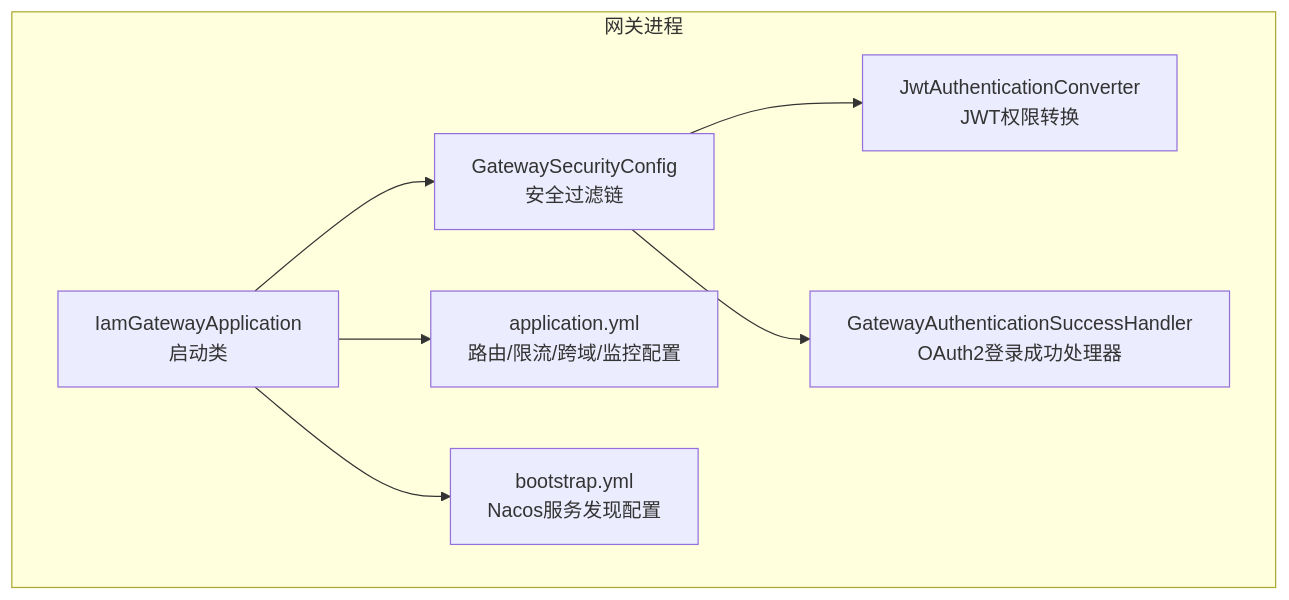
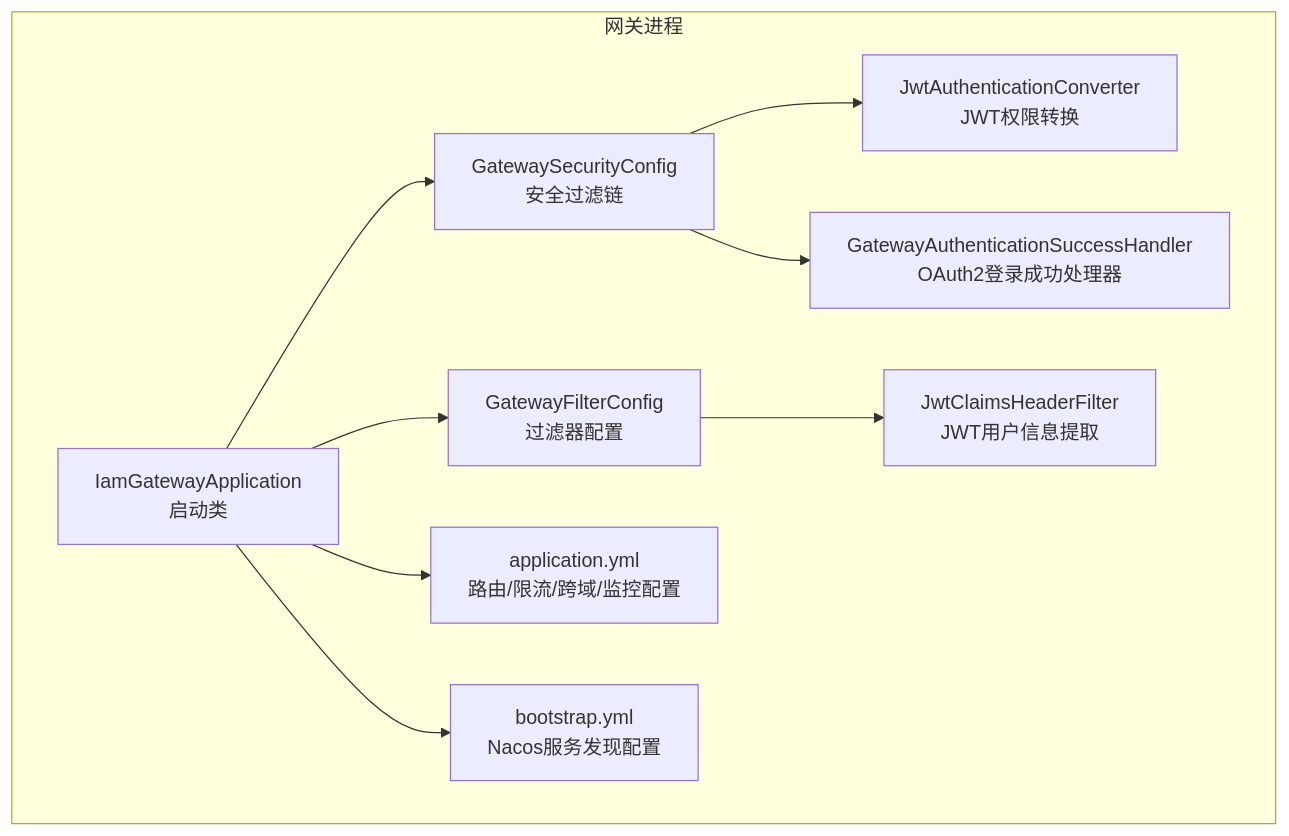
The first of 7 diagrams in .qoder/repowiki/zh/content/核心模块/API网关 (iam-gateway).md (fq0121104930716/iam-platform), drawn with Mermaid before and after one commit. The commit also changed other lines of this file and 13 other files, not shown here.

````diff
--- a/.qoder/repowiki/zh/content/核心模块/API网关 (iam-gateway).md
+++ b/.qoder/repowiki/zh/content/核心模块/API网关 (iam-gateway).md
@@ -45,16 +57,20 @@
 ```mermaid
 graph TB
 subgraph "网关进程"
 A["IamGatewayApplication<br/>启动类"]
 B["GatewaySecurityConfig<br/>安全过滤链"]
 C["JwtAuthenticationConverter<br/>JWT权限转换"]
 D["GatewayAuthenticationSuccessHandler<br/>OAuth2登录成功处理器"]
-E["application.yml<br/>路由/限流/跨域/监控配置"]
-F["bootstrap.yml<br/>Nacos服务发现配置"]
+E["GatewayFilterConfig<br/>过滤器配置"]
+F["JwtClaimsHeaderFilter<br/>JWT用户信息提取"]
+G["application.yml<br/>路由/限流/跨域/监控配置"]
+H["bootstrap.yml<br/>Nacos服务发现配置"]
 end
 A --> B
 B --> C
 B --> D
 A --> E
-A --> F
+E --> F
+A --> G
+A --> H
 ```
````
